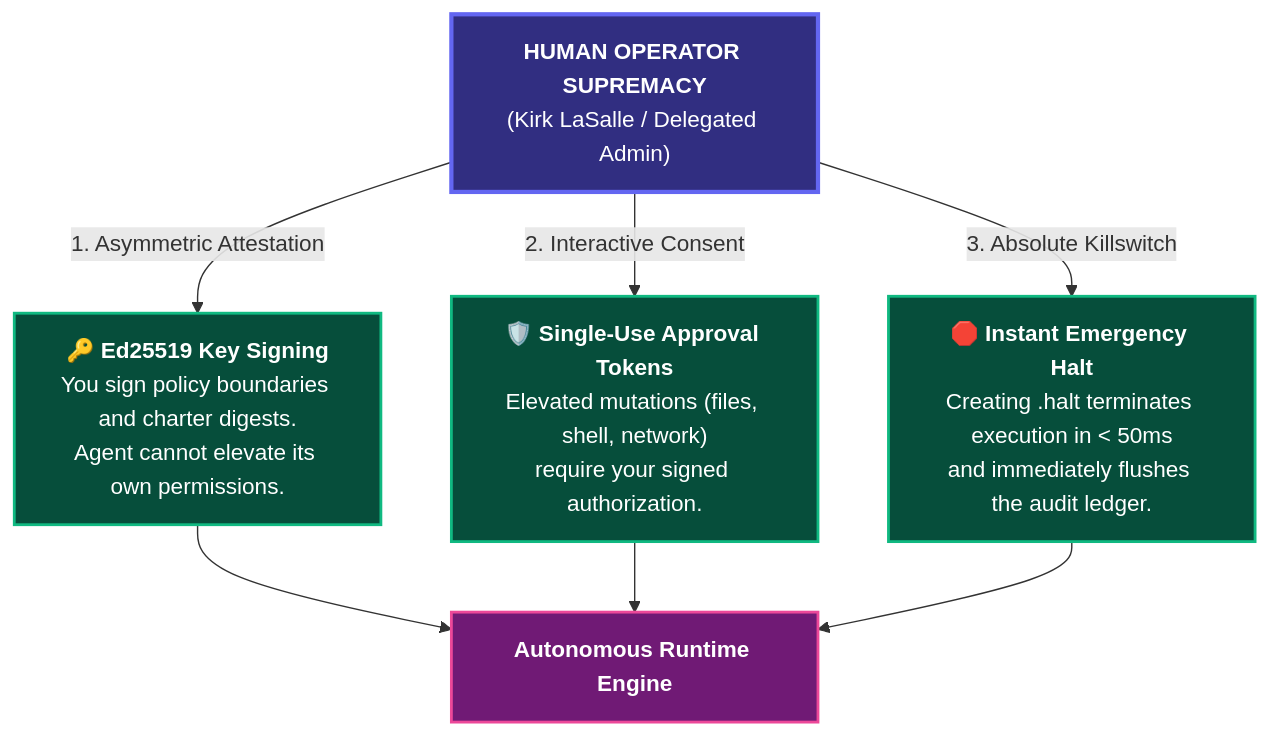
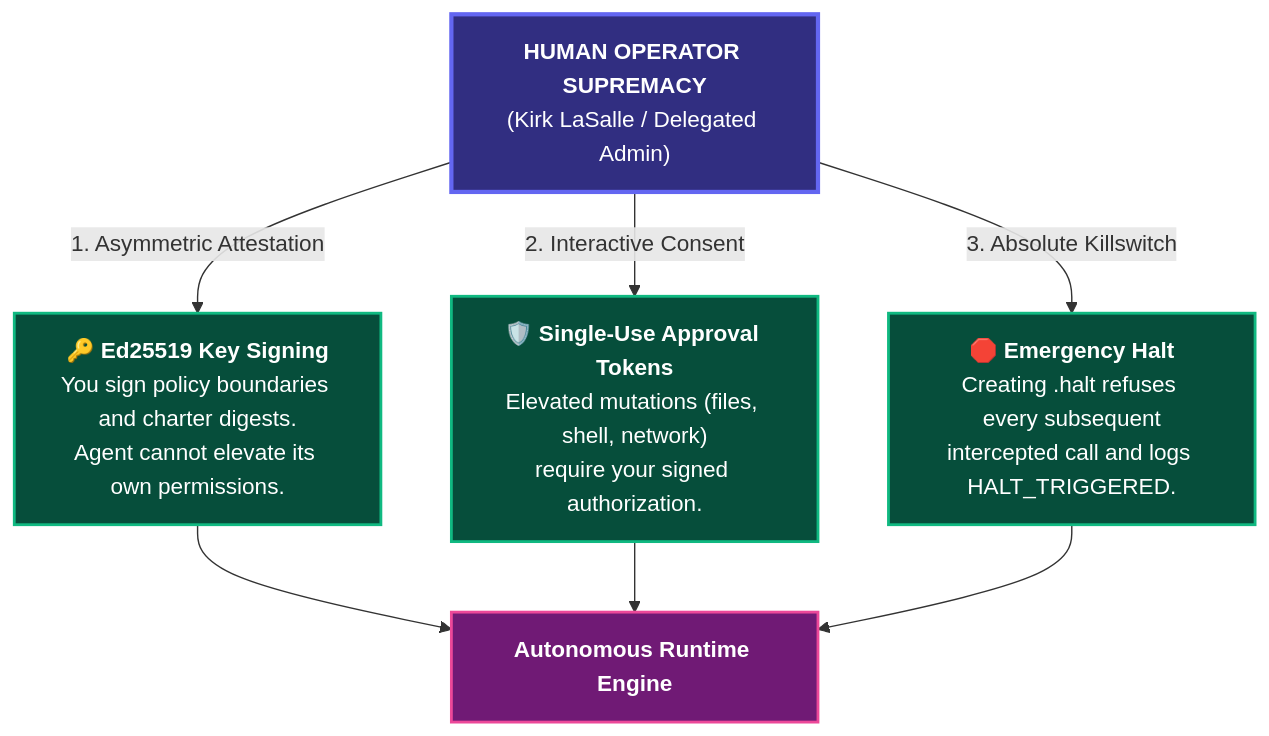
The first of 3 diagrams in USER_GUIDE.md (kirklasalle/AutonomousGovernanceLaws), drawn with Mermaid before and after one commit. The commit also changed other lines of this file and 15 other files, not shown here.

````diff
--- a/USER_GUIDE.md
+++ b/USER_GUIDE.md
@@ -15,18 +15,18 @@
 ```mermaid
 graph TD
     classDef operator fill:#312e81,stroke:#6366f1,stroke-width:3px,color:#fff;
     classDef gate fill:#064e3b,stroke:#10b981,stroke-width:2px,color:#fff;
     classDef action fill:#701a75,stroke:#ec4899,stroke-width:2px,color:#fff;
 
     SO["<b>HUMAN OPERATOR SUPREMACY</b><br/>(Kirk LaSalle / Delegated Admin)"]:::operator
 
     SO -->|1. Asymmetric Attestation| KEY["<b>🔑 Ed25519 Key Signing</b><br/>You sign policy boundaries and charter digests.<br/>Agent cannot elevate its own permissions."]:::gate
 
     SO -->|2. Interactive Consent| APP["<b>🛡️ Single-Use Approval Tokens</b><br/>Elevated mutations (files, shell, network)<br/>require your signed authorization."]:::gate
 
-    SO -->|3. Absolute Killswitch| HALT["<b>🛑 Instant Emergency Halt</b><br/>Creating .halt terminates execution in < 50ms<br/>and immediately flushes the audit ledger."]:::gate
+    SO -->|3. Absolute Killswitch| HALT["<b>🛑 Emergency Halt</b><br/>Creating .halt refuses every subsequent<br/>intercepted call and logs HALT_TRIGGERED."]:::gate
 
     KEY --> RUN["<b>Autonomous Runtime Engine</b>"]:::action
     APP --> RUN
     HALT --> RUN
 ```
````
